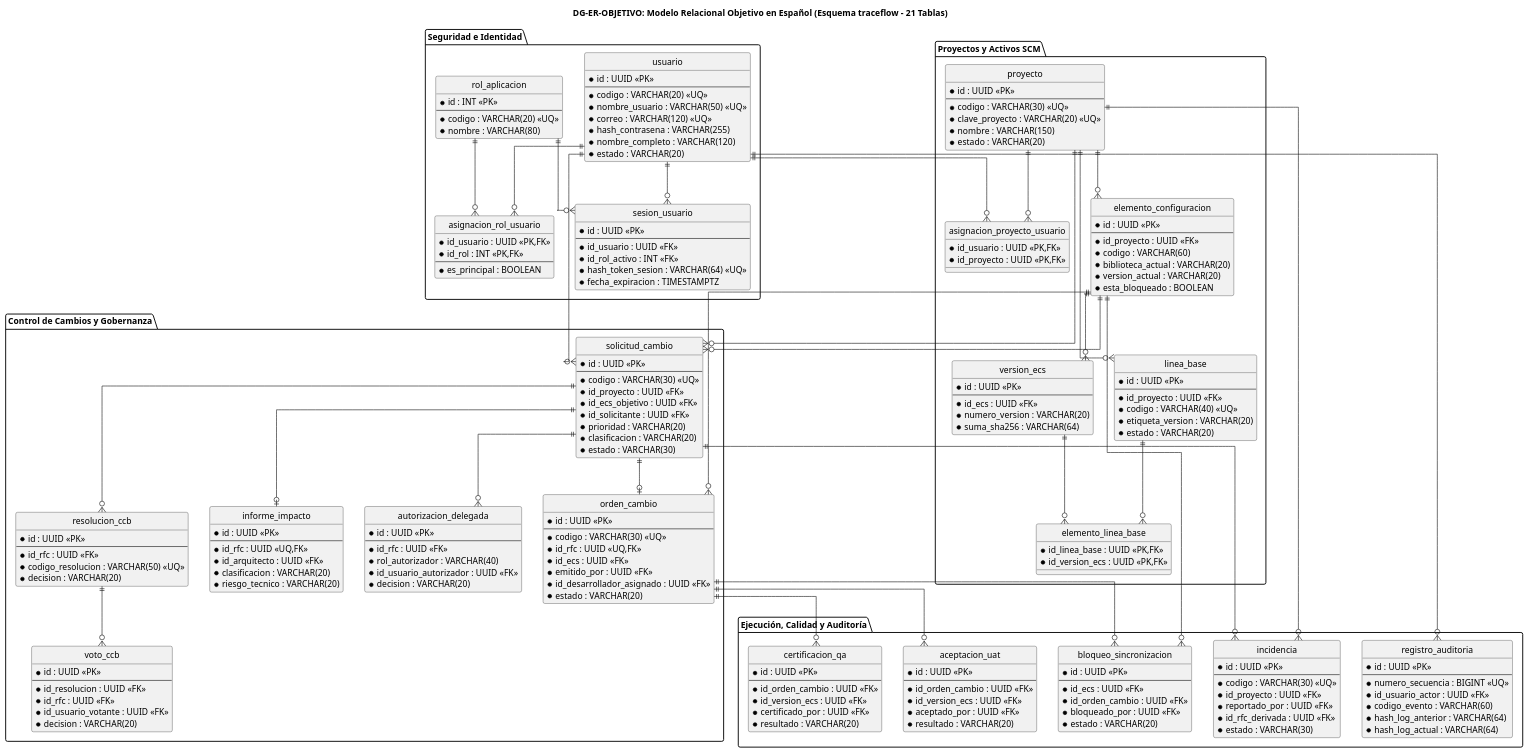
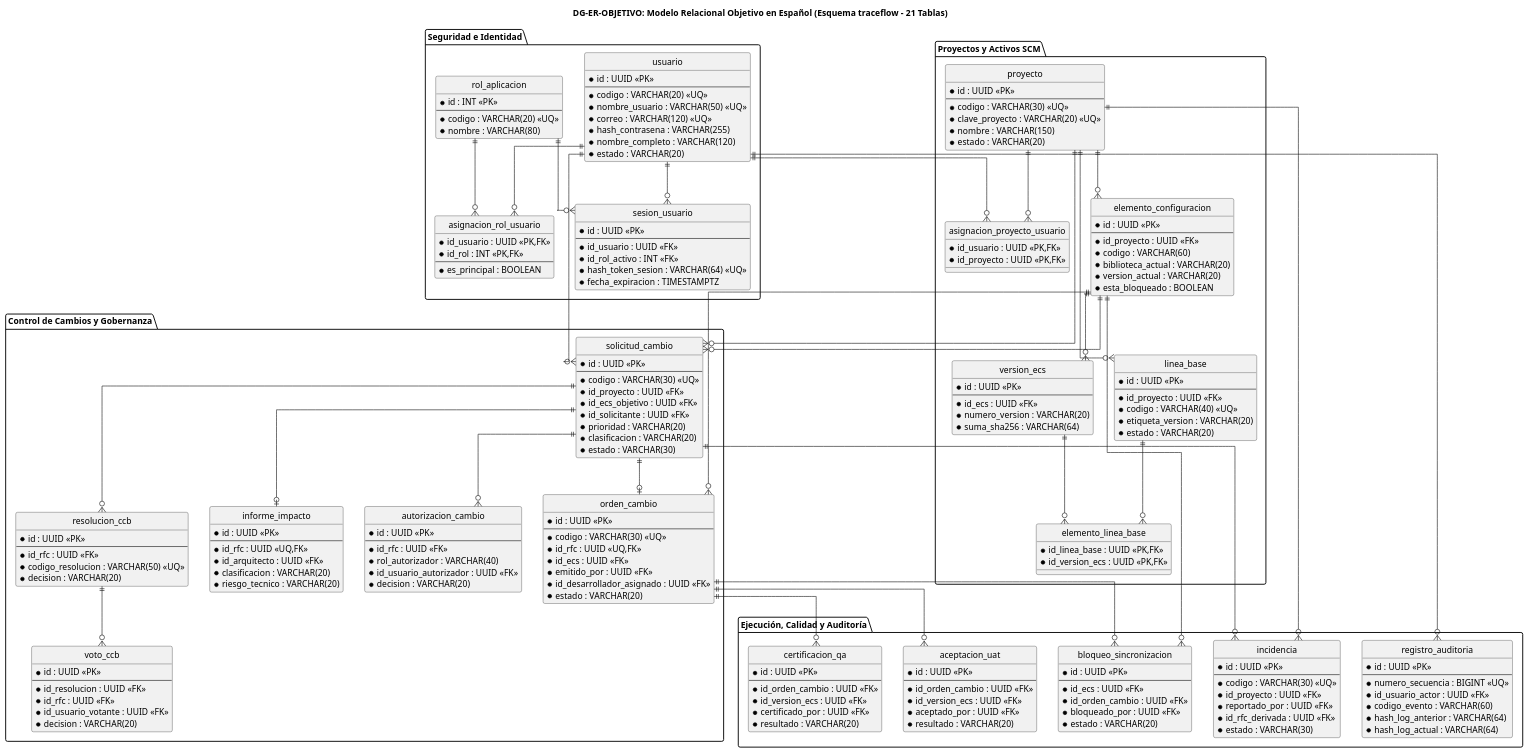
The diagram in docs/assets/diagramas/plantuml/diseno/DG-ER-OBJETIVO.puml (JMedina255/TraceFlow), drawn with PlantUML before and after one commit. The commit also changed 19 other files, not shown here.

```diff
--- a/docs/assets/diagramas/plantuml/diseno/DG-ER-OBJETIVO.puml
+++ b/docs/assets/diagramas/plantuml/diseno/DG-ER-OBJETIVO.puml
@@ -103,7 +103,7 @@
     * clasificacion : VARCHAR(20)
     * riesgo_tecnico : VARCHAR(20)
   }
-  entity "autorizacion_delegada" as autorizacion_delegada {
+  entity "autorizacion_cambio" as autorizacion_cambio {
     * id : UUID <<PK>>
     --
     * id_rfc : UUID <<FK>>
@@ -198,7 +198,7 @@
 elemento_configuracion ||--o{ solicitud_cambio
 usuario ||--o{ solicitud_cambio
 solicitud_cambio ||--o| informe_impacto
-solicitud_cambio ||--o{ autorizacion_delegada
+solicitud_cambio ||--o{ autorizacion_cambio
 solicitud_cambio ||--o{ resolucion_ccb
 resolucion_ccb ||--o{ voto_ccb
 solicitud_cambio ||--o| orden_cambio
```
